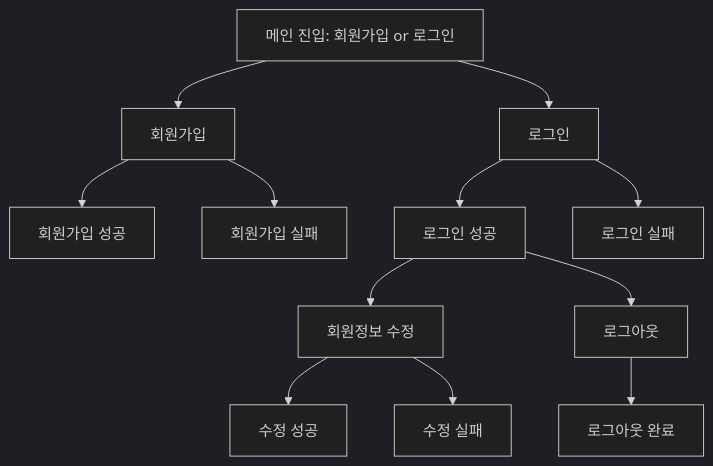
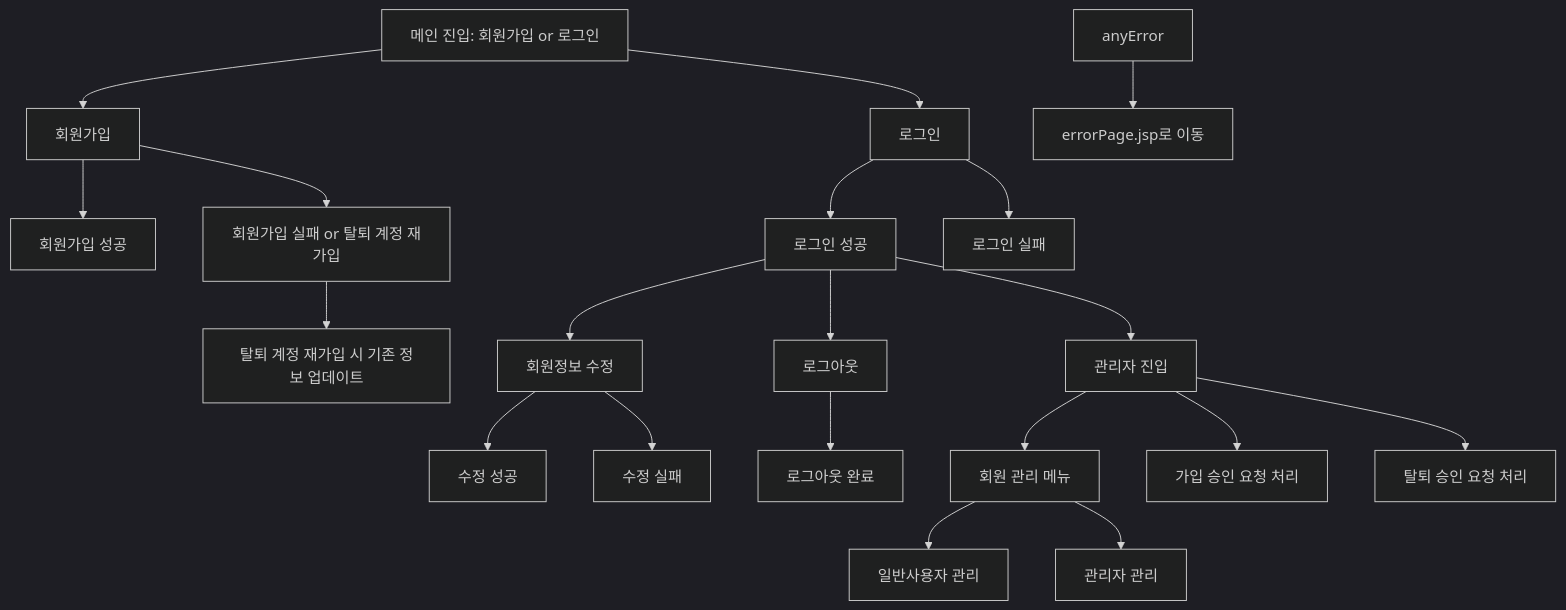
Before and after one commit to seungineer/jsp_19_sgnr: the first of 2 diagrams in README.md, drawn with Mermaid (dark theme). The commit also changed other lines of this file, not shown here.

````diff
--- a/README.md
+++ b/README.md
@@ -39,19 +49,29 @@
 ```mermaid
 graph TD
-    A[메인 진입: 회원가입 or 로그인]
-    A --> B[회원가입]
-    A --> C[로그인]
+  A[메인 진입: 회원가입 or 로그인]
+  A --> B[회원가입]
+  A --> C[로그인]
 
-    B --> D[회원가입 성공]
-    B --> E[회원가입 실패]
+  B --> D[회원가입 성공]
+  B --> E[회원가입 실패 or 탈퇴 계정 재가입]
 
-    C --> F[로그인 성공]
-    C --> G[로그인 실패]
+  C --> F[로그인 성공]
+  C --> G[로그인 실패]
 
-    F --> H[회원정보 수정]
-    H --> I[수정 성공]
-    H --> J[수정 실패]
+  F --> H[회원정보 수정]
+  H --> I[수정 성공]
+  H --> J[수정 실패]
 
-    F --> K[로그아웃]
-    K --> L[로그아웃 완료]
+  F --> K[로그아웃]
+  K --> L[로그아웃 완료]
+
+  F --> AA[관리자 진입]
+  AA --> AB[회원 관리 메뉴]
+  AB --> AC[일반사용자 관리]
+  AB --> AD[관리자 관리]
+  AA --> AE[가입 승인 요청 처리]
+  AA --> AF[탈퇴 승인 요청 처리]
+
+  E --> M[탈퇴 계정 재가입 시 기존 정보 업데이트]
+  anyError --> Z[errorPage.jsp로 이동]
 ```
````
